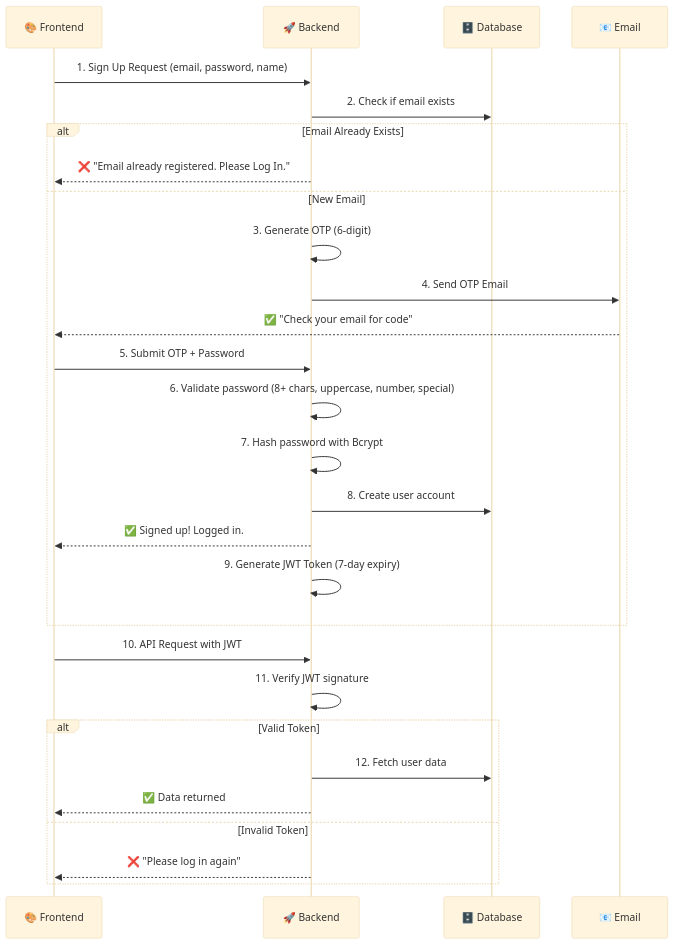
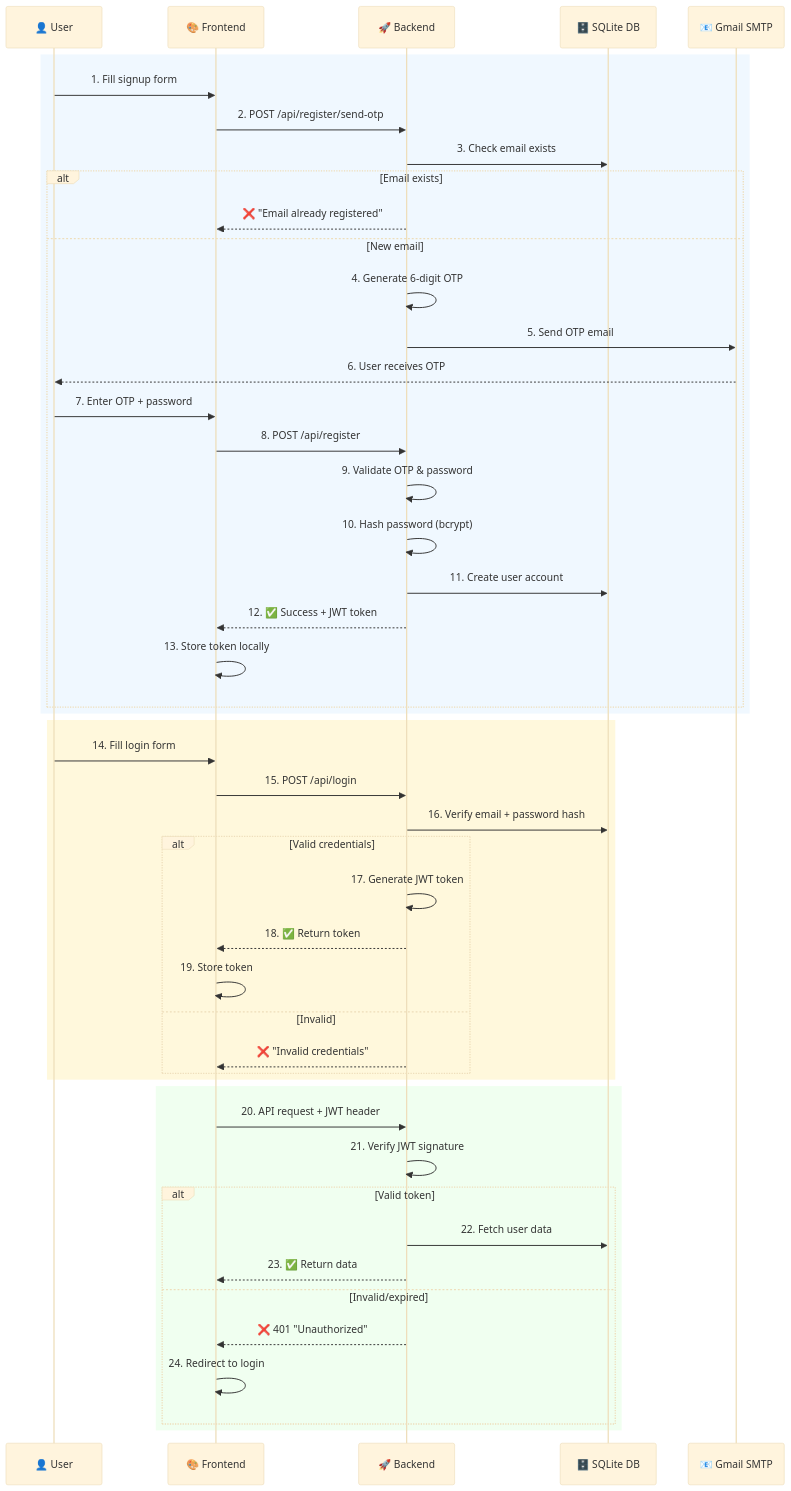
One commit to DebasmitaBose0/ClickBazaar changed the third of 7 diagrams in ARCHITECTURE.md. Above: the diagram before and after it, drawn with Mermaid (base theme). The commit also changed other lines of this file, not shown here.

````diff
--- a/ARCHITECTURE.md
+++ b/ARCHITECTURE.md
@@ -90,32 +148,56 @@
 ```mermaid
 sequenceDiagram
-    participant Client as 🎨 Frontend
-    participant Server as 🚀 Backend
-    participant DB as 🗄️ Database
-    participant Email as 📧 Email
+    participant U as 👤 User
+    participant F as 🎨 Frontend
+    participant B as 🚀 Backend
+    participant DB as 🗄️ SQLite DB
+    participant E as 📧 Gmail SMTP
 
-    Client->>Server: 1. Sign Up Request (email, password, name)
-    Server->>DB: 2. Check if email exists
-    alt Email Already Exists
-        Server-->>Client: ❌ "Email already registered. Please Log In."
-    else New Email
-        Server->>Server: 3. Generate OTP (6-digit)
-        Server->>Email: 4. Send OTP Email
-        Email-->>Client: ✅ "Check your email for code"
-        Client->>Server: 5. Submit OTP + Password
-        Server->>Server: 6. Validate password (8+ chars, uppercase, number, special)
-        Server->>Server: 7. Hash password with Bcrypt
-        Server->>DB: 8. Create user account
-        Server-->>Client: ✅ Signed up! Logged in.
-        Server->>Server: 9. Generate JWT Token (7-day expiry)
+    %% Registration Flow
+    rect rgb(240, 248, 255)
+        U->>F: 1. Fill signup form
+        F->>B: 2. POST /api/register/send-otp
+        B->>DB: 3. Check email exists
+        alt Email exists
+            B-->>F: ❌ "Email already registered"
+        else New email
+            B->>B: 4. Generate 6-digit OTP
+            B->>E: 5. Send OTP email
+            E-->>U: 6. User receives OTP
+            U->>F: 7. Enter OTP + password
+            F->>B: 8. POST /api/register
+            B->>B: 9. Validate OTP & password
+            B->>B: 10. Hash password (bcrypt)
+            B->>DB: 11. Create user account
+            B-->>F: 12. ✅ Success + JWT token
+            F->>F: 13. Store token locally
+        end
     end
 
-    Client->>Server: 10. API Request with JWT
-    Server->>Server: 11. Verify JWT signature
-    alt Valid Token
-        Server->>DB: 12. Fetch user data
-        Server-->>Client: ✅ Data returned
-    else Invalid Token
-        Server-->>Client: ❌ "Please log in again"
+    %% Login Flow
+    rect rgb(255, 248, 220)
+        U->>F: 14. Fill login form
+        F->>B: 15. POST /api/login
+        B->>DB: 16. Verify email + password hash
+        alt Valid credentials
+            B->>B: 17. Generate JWT token
+            B-->>F: 18. ✅ Return token
+            F->>F: 19. Store token
+        else Invalid
+            B-->>F: ❌ "Invalid credentials"
+        end
+    end
+
+    %% Protected API Request
+    rect rgb(240, 255, 240)
+        F->>B: 20. API request + JWT header
+        B->>B: 21. Verify JWT signature
+        alt Valid token
+            B->>DB: 22. Fetch user data
+            B-->>F: 23. ✅ Return data
+        else Invalid/expired
+            B-->>F: ❌ 401 "Unauthorized"
+            F->>F: 24. Redirect to login
+        end
     end
 ```
````
